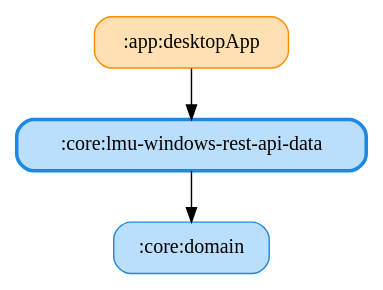
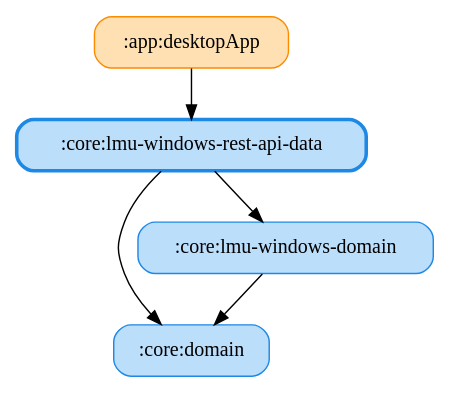
The diagram in docs/graphs/core-lmu-windows-rest-api-data.gv (ai-kurou/KoDriver), drawn with Graphviz before and after one commit. The commit also changed 46 other files, not shown here.

Commit message:
chore: update module graph images

```diff
--- a/docs/graphs/core-lmu-windows-rest-api-data.gv
+++ b/docs/graphs/core-lmu-windows-rest-api-data.gv
@@ -1,9 +1,12 @@
 digraph G {
   rankdir=TB
   node [shape=box, style="rounded,filled"]
   ":app:desktopApp" [fillcolor="#FFE0B2", color="#FB8C00", penwidth=1]
   ":core:domain" [fillcolor="#BBDEFB", color="#1E88E5", penwidth=1]
+  ":core:lmu-windows-domain" [fillcolor="#BBDEFB", color="#1E88E5", penwidth=1]
   ":core:lmu-windows-rest-api-data" [fillcolor="#BBDEFB", color="#1E88E5", penwidth=2.5]
   ":app:desktopApp" -> ":core:lmu-windows-rest-api-data"
+  ":core:lmu-windows-domain" -> ":core:domain"
   ":core:lmu-windows-rest-api-data" -> ":core:domain"
+  ":core:lmu-windows-rest-api-data" -> ":core:lmu-windows-domain"
 }
```
